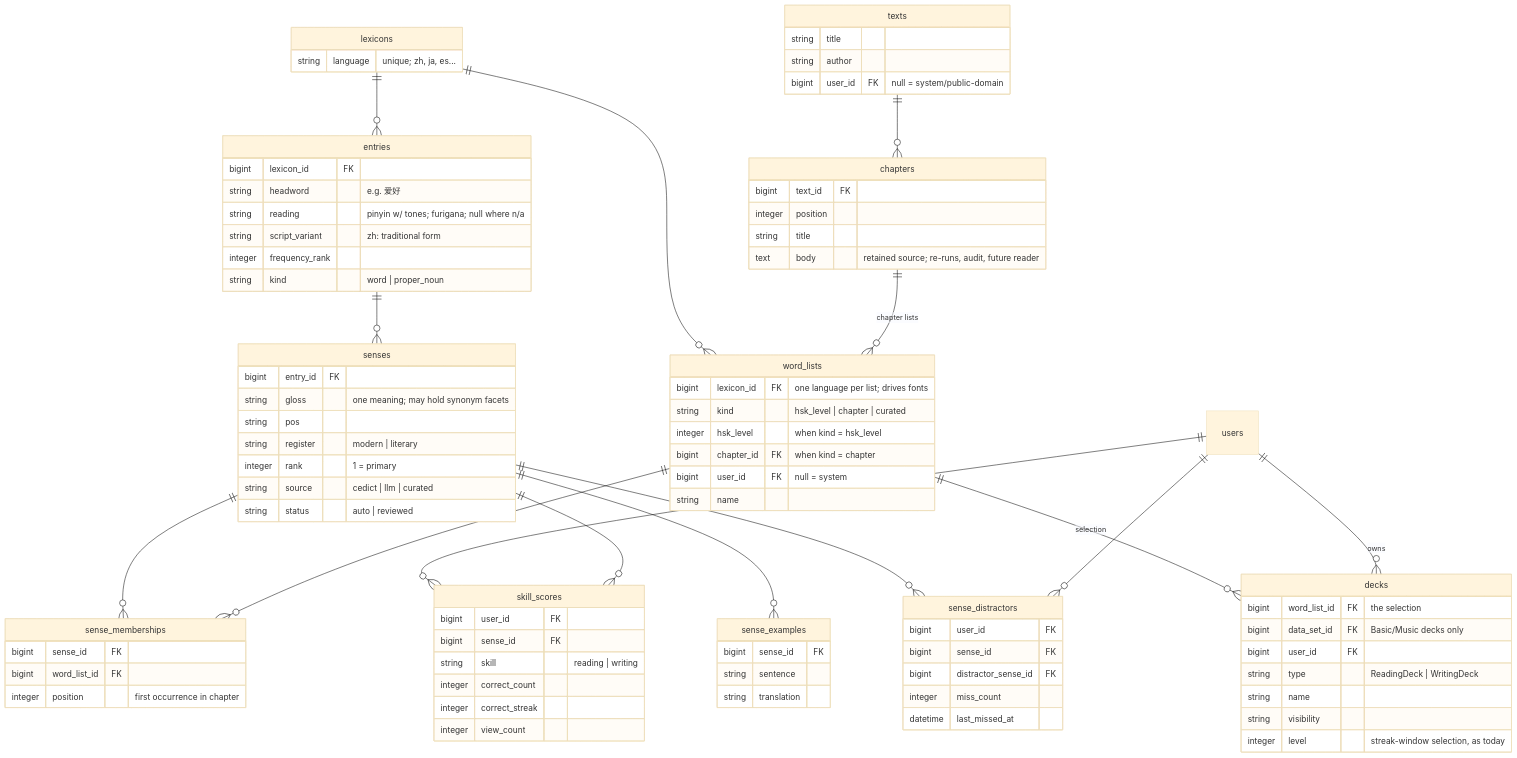
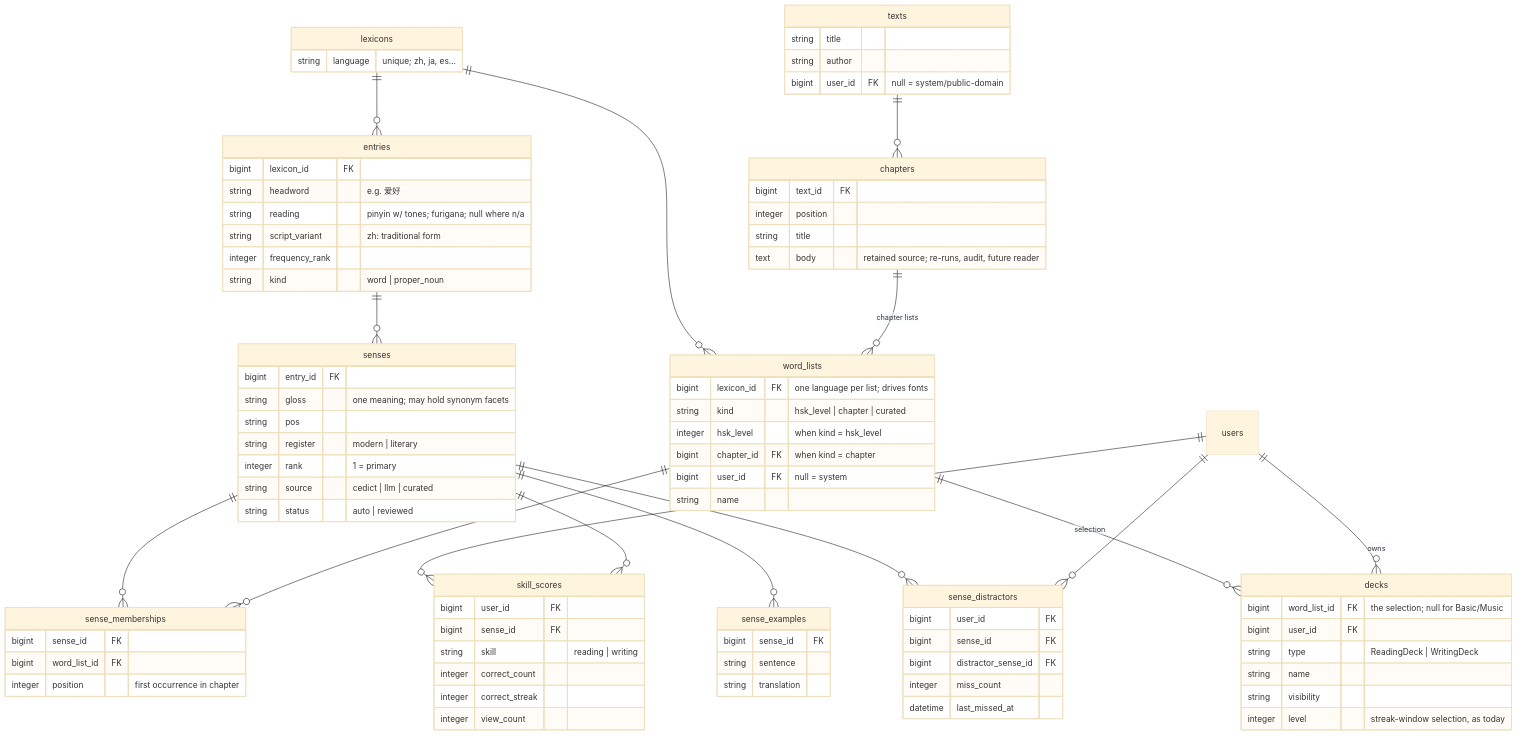
The diagram in docs/compendium.md (mockdeep/Flash), drawn with Mermaid (base theme) before and after one commit. The commit also changed other lines of this file, not shown here.

```diff
--- a/docs/compendium.md
+++ b/docs/compendium.md
@@ -102,8 +102,7 @@
         integer view_count
     }
     decks {
-        bigint word_list_id FK "the selection"
-        bigint data_set_id FK "Basic/Music decks only"
+        bigint word_list_id FK "the selection; null for Basic/Music"
         bigint user_id FK
         string type "ReadingDeck | WritingDeck"
         string name
```
